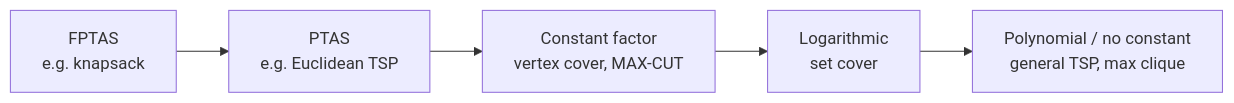
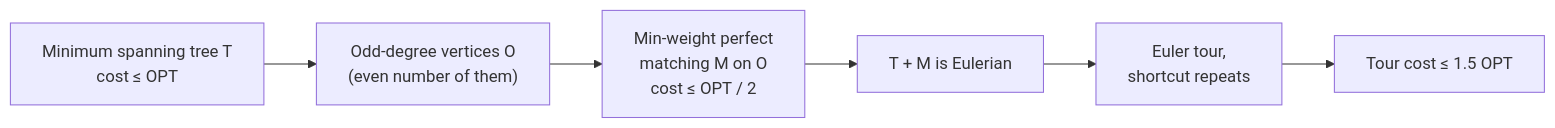
Before and after one commit to AndrewAltimit/Documentation: the fifth of 6 diagrams in github-pages/docs/advanced/approximation-algorithms.md, drawn with Mermaid. The commit also changed other lines of this file and 240 other files, not shown here.

````diff
--- a/github-pages/docs/advanced/approximation-algorithms.md
+++ b/github-pages/docs/advanced/approximation-algorithms.md
@@ -268,7 +256,8 @@
 ```mermaid
 flowchart LR
-    FPTAS["FPTAS<br/>e.g. knapsack"] --> PTAS["PTAS<br/>e.g. Euclidean TSP"]
-    PTAS --> CONST["Constant factor<br/>vertex cover, MAX-CUT"]
-    CONST --> LOG["Logarithmic<br/>set cover"]
-    LOG --> POLY["Polynomial / no constant<br/>general TSP, max clique"]
+    A["Minimum spanning tree T<br/>cost &le; OPT"] --> B["Odd-degree vertices O<br/>(even number of them)"]
+    B --> C["Min-weight perfect<br/>matching M on O<br/>cost &le; OPT / 2"]
+    C --> D["T + M is Eulerian"]
+    D --> E["Euler tour,<br/>shortcut repeats"]
+    E --> F["Tour cost &le; 1.5 OPT"]
 ```
````
